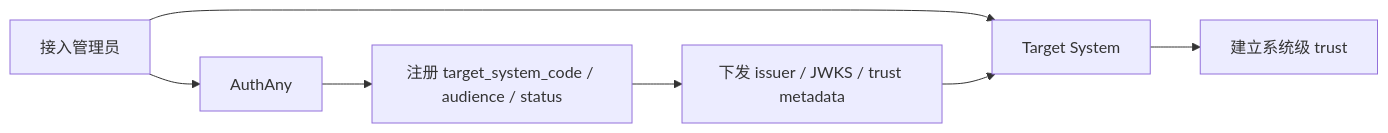
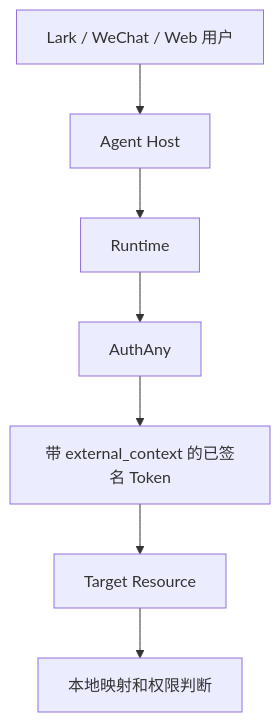
Before and after one commit to renxqoo/Authany: the third of 6 diagrams in specs/15-ALL-FLOWS.md, drawn with Mermaid. The commit also changed other lines of this file and 310 other files, not shown here.

Commit message:
feat: harden security flows and reorganize example apps

````diff
--- a/specs/15-ALL-FLOWS.md
+++ b/specs/15-ALL-FLOWS.md
@@ -85,9 +55,9 @@
 ```mermaid
-flowchart LR
-    ADMIN["接入管理员"] --> A["AuthAny"]
-    ADMIN --> T["Target System"]
-    A --> REG["注册 target_system_code / audience / status"]
-    REG --> CONF["下发 issuer / JWKS / trust metadata"]
-    CONF --> T
-    T --> READY["建立系统级 trust"]
+flowchart TD
+    U["Lark / WeChat / Web 用户"] --> H["Agent Host"]
+    H --> R["Runtime"]
+    R --> A["AuthAny"]
+    A --> TOK["带 external_context 的已签名 Token"]
+    TOK --> T["Target Resource"]
+    T --> MAP["本地映射和权限判断"]
 ```
````
